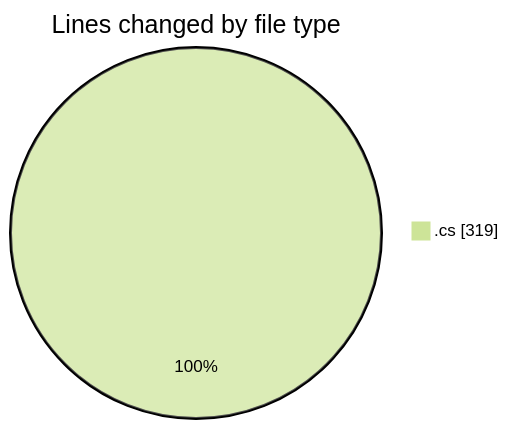
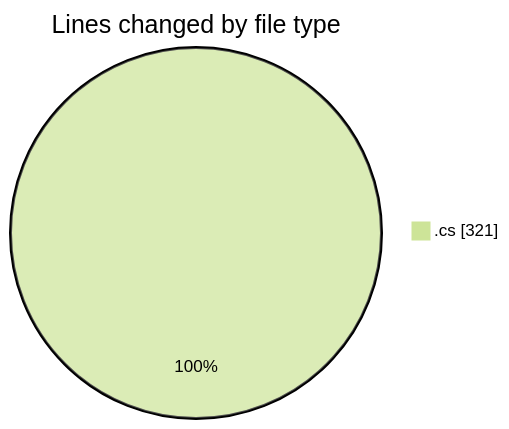
Before and after one commit to Netris89/code-tracking: the first of 2 diagrams in 2025-03-21/back-end/README.md, drawn with Mermaid (forest theme). The commit also changed other lines of this file and 1 other file, not shown here.

````diff
--- a/2025-03-21/back-end/README.md
+++ b/2025-03-21/back-end/README.md
@@ -21,5 +21,5 @@
 ```mermaid
 pie showData
 title Lines changed by file type
-".cs" : 319
+".cs" : 321
 ```
````
